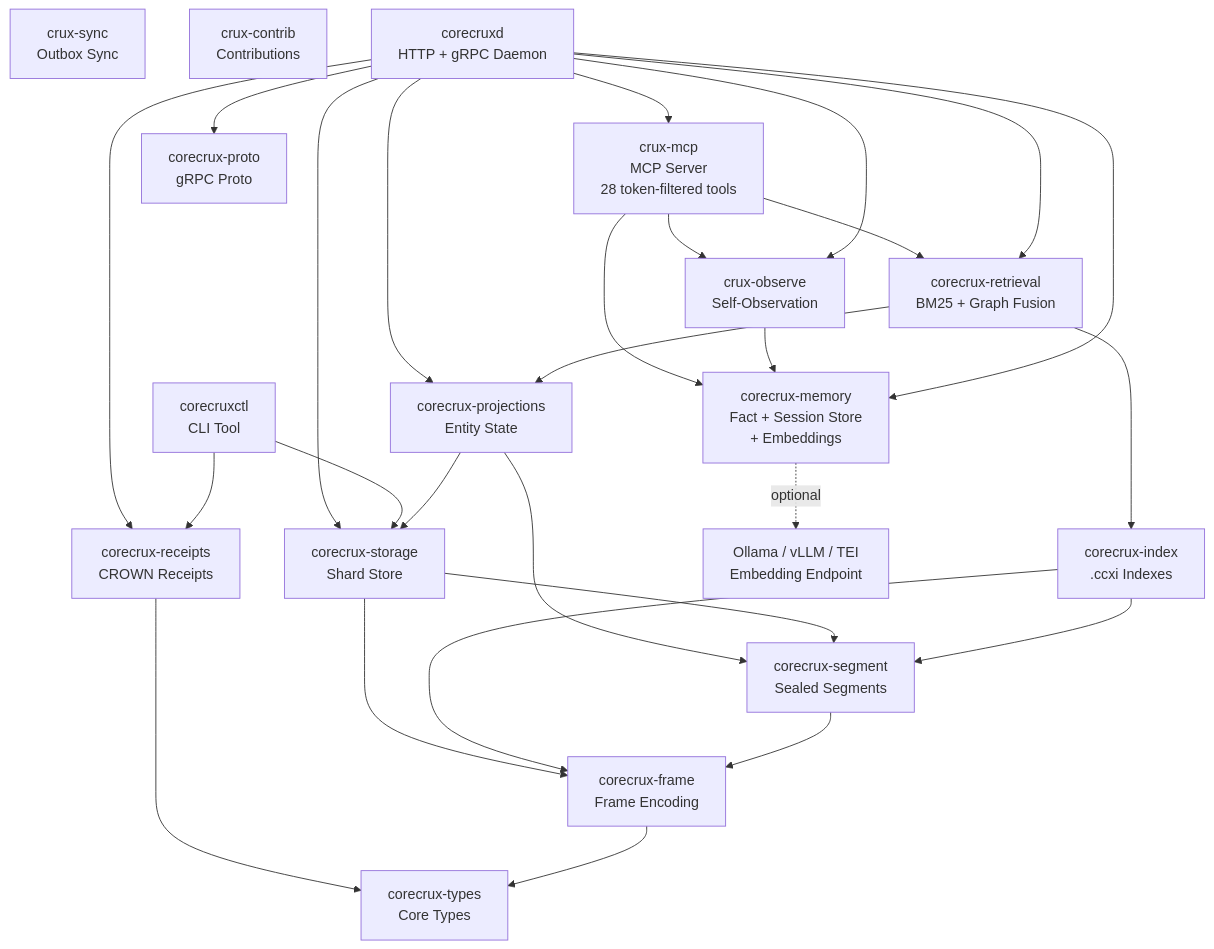
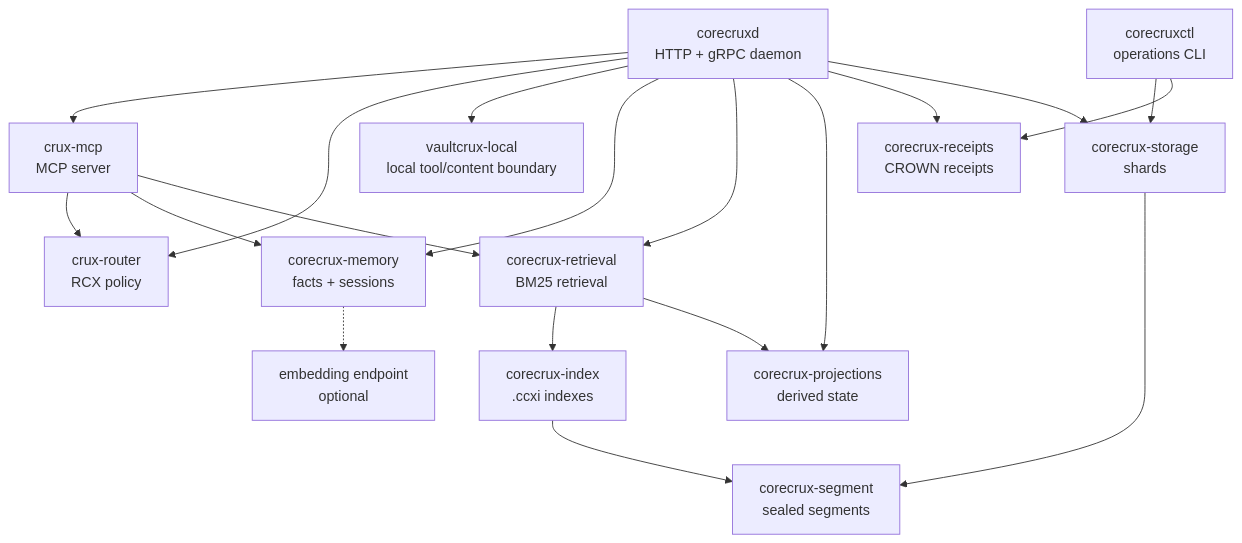
One commit to CueCrux/Crux changed the diagram in README.md. Above: the diagram before and after it, drawn with Mermaid. The commit also changed other lines of this file and 66 other files, not shown here.

Commit message:
docs: rename community edition to crux daemon

````diff
--- a/README.md
+++ b/README.md
@@ -275,47 +351,35 @@
 ```mermaid
 graph TD
-    cruxmcp[crux-mcp<br/>MCP Server<br/>28 token-filtered tools]
-    observe[crux-observe<br/>Self-Observation]
-    sync[crux-sync<br/>Outbox Sync]
-    contrib[crux-contrib<br/>Contributions]
-    corecruxd[corecruxd<br/>HTTP + gRPC Daemon]
-    corecruxctl[corecruxctl<br/>CLI Tool]
-    retrieval[corecrux-retrieval<br/>BM25 + Graph Fusion]
-    memory[corecrux-memory<br/>Fact + Session Store<br/>+ Embeddings]
-    projections[corecrux-projections<br/>Entity State]
-    receipts[corecrux-receipts<br/>CROWN Receipts]
-    storage[corecrux-storage<br/>Shard Store]
-    index[corecrux-index<br/>.ccxi Indexes]
-    segment[corecrux-segment<br/>Sealed Segments]
-    frame[corecrux-frame<br/>Frame Encoding]
-    types[corecrux-types<br/>Core Types]
-    proto[corecrux-proto<br/>gRPC Proto]
-    ollama[Ollama / vLLM / TEI<br/>Embedding Endpoint]
+    mcp[crux-mcp<br/>MCP server]
+    daemon[corecruxd<br/>HTTP + gRPC daemon]
+    ctl[corecruxctl<br/>operations CLI]
+    router[crux-router<br/>RCX policy]
+    vault[vaultcrux-local<br/>local tool/content boundary]
+    memory[corecrux-memory<br/>facts + sessions]
+    retrieval[corecrux-retrieval<br/>BM25 retrieval]
+    projections[corecrux-projections<br/>derived state]
+    receipts[corecrux-receipts<br/>CROWN receipts]
+    storage[corecrux-storage<br/>shards]
+    segment[corecrux-segment<br/>sealed segments]
+    index[corecrux-index<br/>.ccxi indexes]
+    embeddings[embedding endpoint<br/>optional]
 
-    cruxmcp --> memory
-    cruxmcp --> retrieval
-    cruxmcp --> observe
-    observe --> memory
-    corecruxd --> cruxmcp
-    corecruxd --> observe
-    corecruxd --> memory
-    corecruxd --> retrieval
-    corecruxd --> projections
-    corecruxd --> receipts
-    corecruxd --> storage
-    corecruxd --> proto
-    corecruxctl --> storage
-    corecruxctl --> receipts
+    daemon --> mcp
+    daemon --> router
+    daemon --> vault
+    daemon --> memory
+    daemon --> retrieval
+    daemon --> projections
+    daemon --> receipts
+    daemon --> storage
+    ctl --> storage
+    ctl --> receipts
+    mcp --> router
+    mcp --> memory
+    mcp --> retrieval
     retrieval --> index
     retrieval --> projections
-    projections --> storage
-    projections --> segment
     storage --> segment
-    storage --> frame
     index --> segment
-    index --> frame
-    segment --> frame
-    receipts --> types
-    frame --> types
-    memory -.->|optional| ollama
+    memory -.-> embeddings
 ```
````
